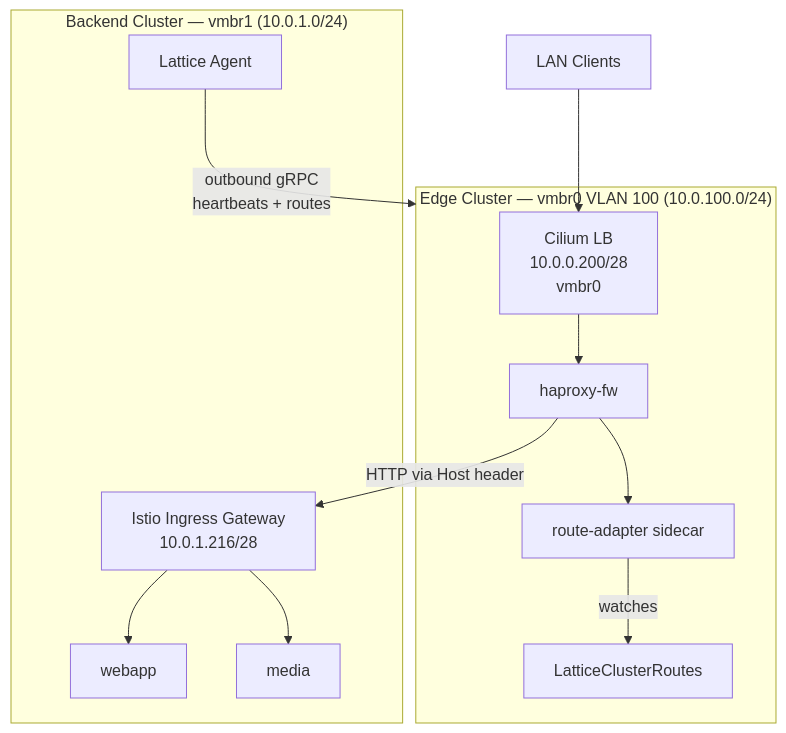
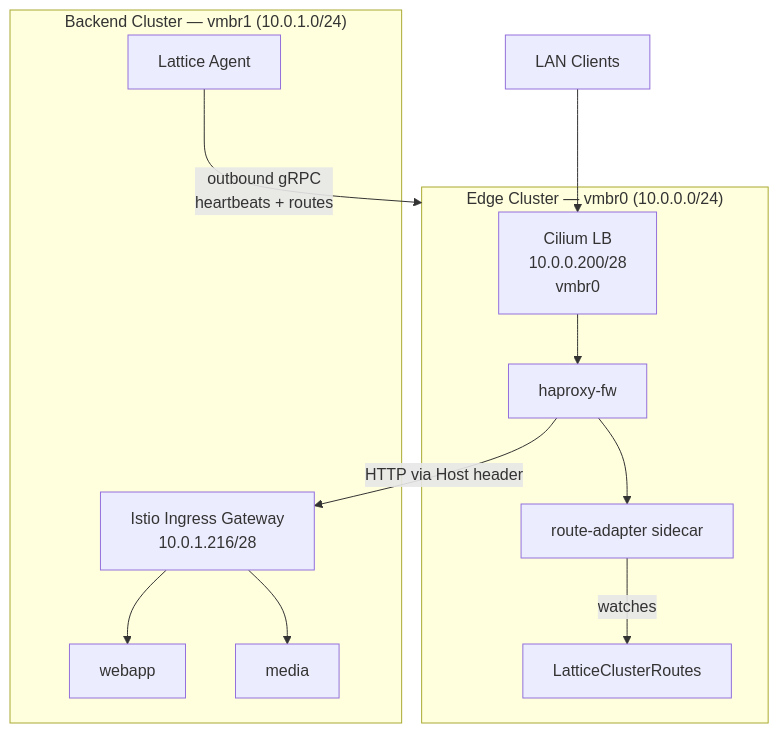
Before and after one commit to evan-hines-js/lattice: the diagram in examples/homelab/README.md, drawn with Mermaid. The commit also changed other lines of this file and 12 other files, not shown here.

````diff
--- a/examples/homelab/README.md
+++ b/examples/homelab/README.md
@@ -9,22 +9,22 @@
 ```mermaid
 flowchart TD
     Client[LAN Clients] --> LB[Cilium LB\n10.0.0.200/28\nvmbr0]
 
-    subgraph Edge["Edge Cluster — vmbr0 VLAN 100 (10.0.100.0/24)"]
+    subgraph Edge["Edge Cluster — vmbr0 (10.0.0.0/24)"]
         LB --> HAProxy[haproxy-fw]
         HAProxy --> RA[route-adapter sidecar]
         RA -->|watches| CRD[LatticeClusterRoutes]
     end
 
     subgraph Backend["Backend Cluster — vmbr1 (10.0.1.0/24)"]
         Agent[Lattice Agent]
         GW[Istio Ingress Gateway\n10.0.1.216/28]
         Webapp[webapp]
         Media[media]
     end
 
     HAProxy -->|HTTP via Host header| GW
     GW --> Webapp
     GW --> Media
     Agent -->|outbound gRPC\nheartbeats + routes| Edge
 ```
````
